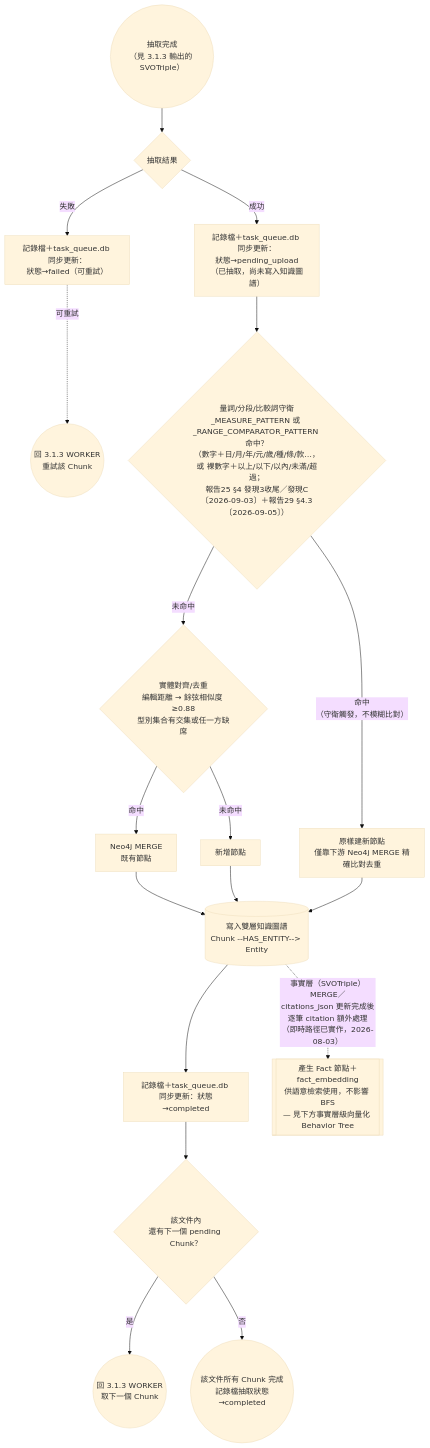
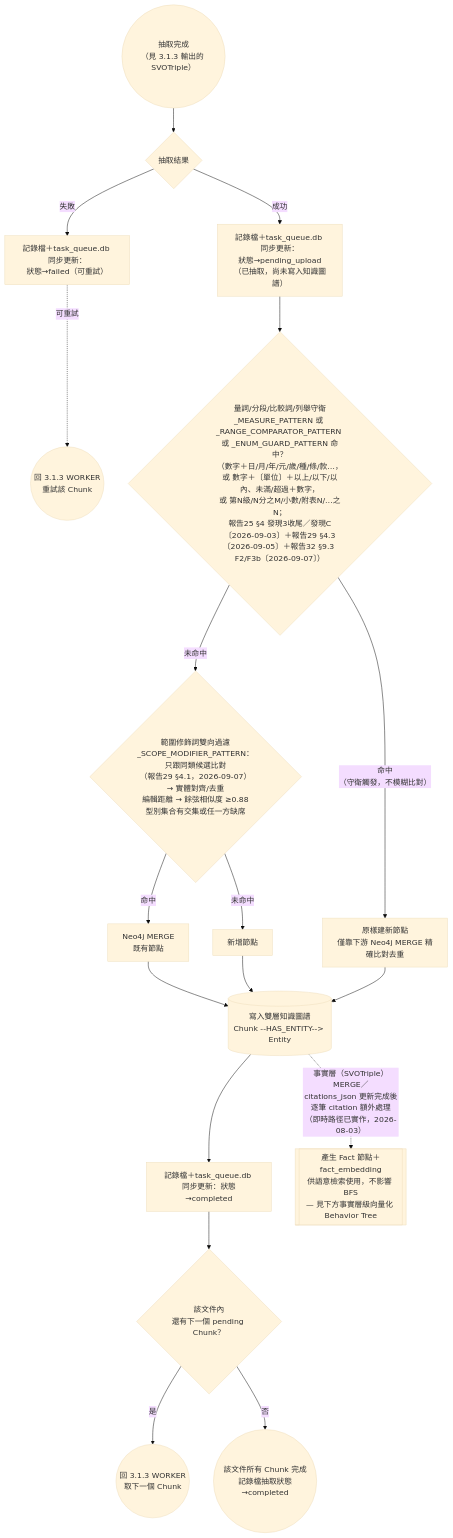
Before and after one commit to Chester930/world-knowledge-graph-rag: the eighth of 18 diagrams in docs/論文/03_系統設計與方法論.md, drawn with Mermaid (base theme). The commit also changed other lines of this file and 3 other files, not shown here.

````diff
--- a/docs/論文/03_系統設計與方法論.md
+++ b/docs/論文/03_系統設計與方法論.md
@@ -458,21 +458,21 @@
 ```mermaid
 flowchart TD
     HANDOFF4(("抽取完成<br/>（見 3.1.3 輸出的 SVOTriple）")) --> RESULT{"抽取結果"}
     RESULT -->|成功| UPLOAD["記錄檔＋task_queue.db 同步更新：<br/>狀態→pending_upload<br/>（已抽取，尚未寫入知識圖譜）"]
     RESULT -->|失敗| FAIL["記錄檔＋task_queue.db 同步更新：<br/>狀態→failed（可重試）"]
     FAIL -.->|可重試| RETRY(("回 3.1.3 WORKER<br/>重試該 Chunk"))
 
-    UPLOAD --> GUARD4{"量詞/分段/比較詞守衛<br/>_MEASURE_PATTERN 或 _RANGE_COMPARATOR_PATTERN 命中？<br/>（數字＋日/月/年/元/歲/種/條/款…，<br/>或 裸數字＋以上/以下/以內/未滿/超過；<br/>報告25 §4 發現3收尾／發現C〔2026-09-03〕＋報告29 §4.3〔2026-09-05〕）"}
+    UPLOAD --> GUARD4{"量詞/分段/比較詞/列舉守衛<br/>_MEASURE_PATTERN 或 _RANGE_COMPARATOR_PATTERN 或 _ENUM_GUARD_PATTERN 命中？<br/>（數字＋日/月/年/元/歲/種/條/款…，<br/>或 數字＋〔單位〕＋以上/以下/以內、未滿/超過＋數字，<br/>或 第N級/N分之M/小數/附表N/…之N；<br/>報告25 §4 發現3收尾／發現C〔2026-09-03〕＋報告29 §4.3〔2026-09-05〕＋報告32 §9.3 F2/F3b〔2026-09-07〕）"}
     GUARD4 -->|"命中<br/>（守衛觸發，不模糊比對）"| CREATE4G["原樣建新節點<br/>僅靠下游 Neo4j MERGE 精確比對去重"]
-    GUARD4 -->|未命中| DEDUP4{"實體對齊/去重<br/>編輯距離 → 餘弦相似度 ≥0.88<br/>型別集合有交集或任一方缺席"}
+    GUARD4 -->|未命中| DEDUP4{"範圍修飾詞雙向過濾<br/>_SCOPE_MODIFIER_PATTERN：只跟同類候選比對<br/>（報告29 §4.1，2026-09-07）<br/>→ 實體對齊/去重<br/>編輯距離 → 餘弦相似度 ≥0.88<br/>型別集合有交集或任一方缺席"}
     DEDUP4 -->|命中| MERGE4["Neo4j MERGE<br/>既有節點"]
     DEDUP4 -->|未命中| CREATE4["新增節點"]
     MERGE4 --> KG4[("寫入雙層知識圖譜<br/>Chunk --HAS_ENTITY--> Entity")]
     CREATE4 --> KG4
     CREATE4G --> KG4
     KG4 --> DONE4["記錄檔＋task_queue.db 同步更新：狀態→completed"]
     DONE4 --> NEXT4{"該文件內<br/>還有下一個 pending Chunk？"}
     NEXT4 -->|是| RETRY2(("回 3.1.3 WORKER<br/>取下一個 Chunk"))
     NEXT4 -->|否| IDLE4(("該文件所有 Chunk 完成<br/>記錄檔抽取狀態→completed"))
     KG4 -.->|"事實層（SVOTriple）MERGE／<br/>citations_json 更新完成後<br/>逐筆 citation 額外處理<br/>（即時路徑已實作，2026-08-03）"| FACTVEC[["產生 Fact 節點＋fact_embedding<br/>供語意檢索使用，不影響 BFS<br/>— 見下方事實層級向量化 Behavior Tree"]]
 ```
````
